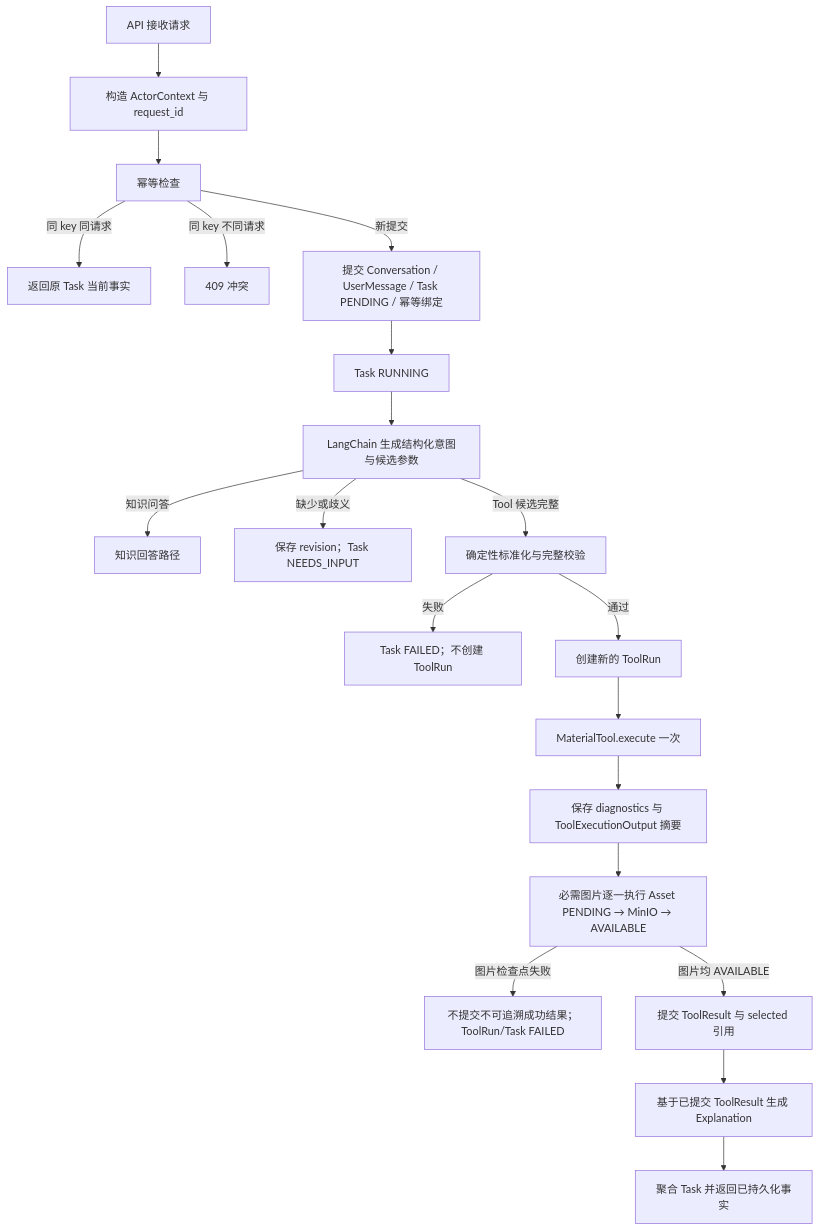
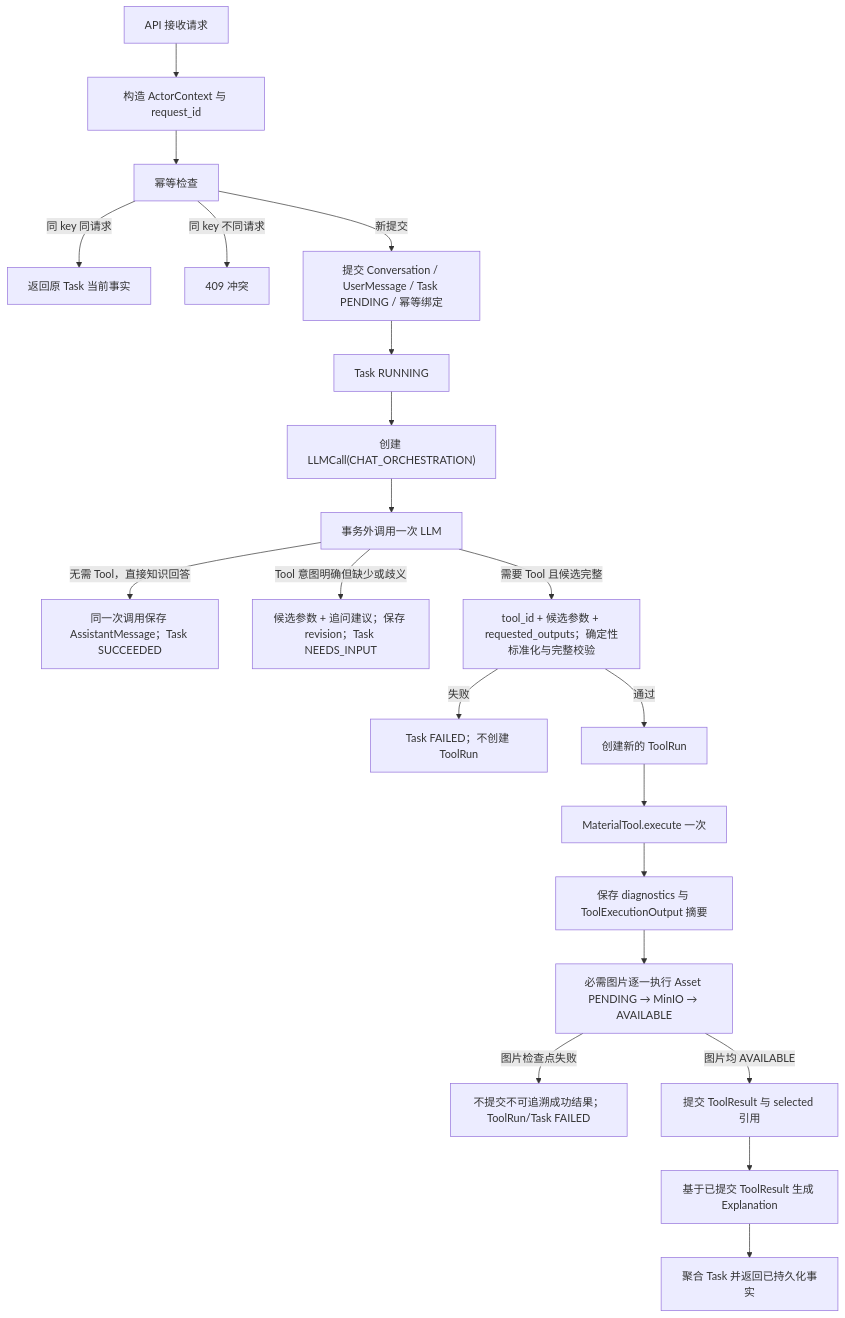
The second of 3 diagrams in docs/superpowers/specs/2026-07-15-sem-mvp-stage-0-data-flow-state-persistence-design.md (hajidie/materials-agent), drawn with Mermaid before and after one commit. The commit also changed other lines of this file and 4 other files, not shown here.

````diff
--- a/docs/superpowers/specs/2026-07-15-sem-mvp-stage-0-data-flow-state-persistence-design.md
+++ b/docs/superpowers/specs/2026-07-15-sem-mvp-stage-0-data-flow-state-persistence-design.md
@@ -150,22 +202,23 @@
 ```mermaid
 flowchart TD
     A["API 接收请求"] --> B["构造 ActorContext 与 request_id"]
     B --> C["幂等检查"]
     C -->|"同 key 同请求"| C1["返回原 Task 当前事实"]
     C -->|"同 key 不同请求"| C2["409 冲突"]
     C -->|"新提交"| D["提交 Conversation / UserMessage / Task PENDING / 幂等绑定"]
     D --> E["Task RUNNING"]
-    E --> F["LangChain 生成结构化意图与候选参数"]
-    F -->|"知识问答"| G["知识回答路径"]
-    F -->|"缺少或歧义"| H["保存 revision；Task NEEDS_INPUT"]
-    F -->|"Tool 候选完整"| I["确定性标准化与完整校验"]
+    E --> F["创建 LLMCall(CHAT_ORCHESTRATION)"]
+    F --> F1["事务外调用一次 LLM"]
+    F1 -->|"无需 Tool，直接知识回答"| G["同一次调用保存 AssistantMessage；Task SUCCEEDED"]
+    F1 -->|"Tool 意图明确但缺少或歧义"| H["候选参数 + 追问建议；保存 revision；Task NEEDS_INPUT"]
+    F1 -->|"需要 Tool 且候选完整"| I["tool_id + 候选参数 + requested_outputs；确定性标准化与完整校验"]
     I -->|"失败"| J["Task FAILED；不创建 ToolRun"]
     I -->|"通过"| K["创建新的 ToolRun"]
     K --> L["MaterialTool.execute 一次"]
     L --> M["保存 diagnostics 与 ToolExecutionOutput 摘要"]
     M --> N["必需图片逐一执行 Asset PENDING → MinIO → AVAILABLE"]
     N -->|"图片检查点失败"| N1["不提交不可追溯成功结果；ToolRun/Task FAILED"]
     N -->|"图片均 AVAILABLE"| O["提交 ToolResult 与 selected 引用"]
     O --> P["基于已提交 ToolResult 生成 Explanation"]
     P --> Q["聚合 Task 并返回已持久化事实"]
 ```
````
